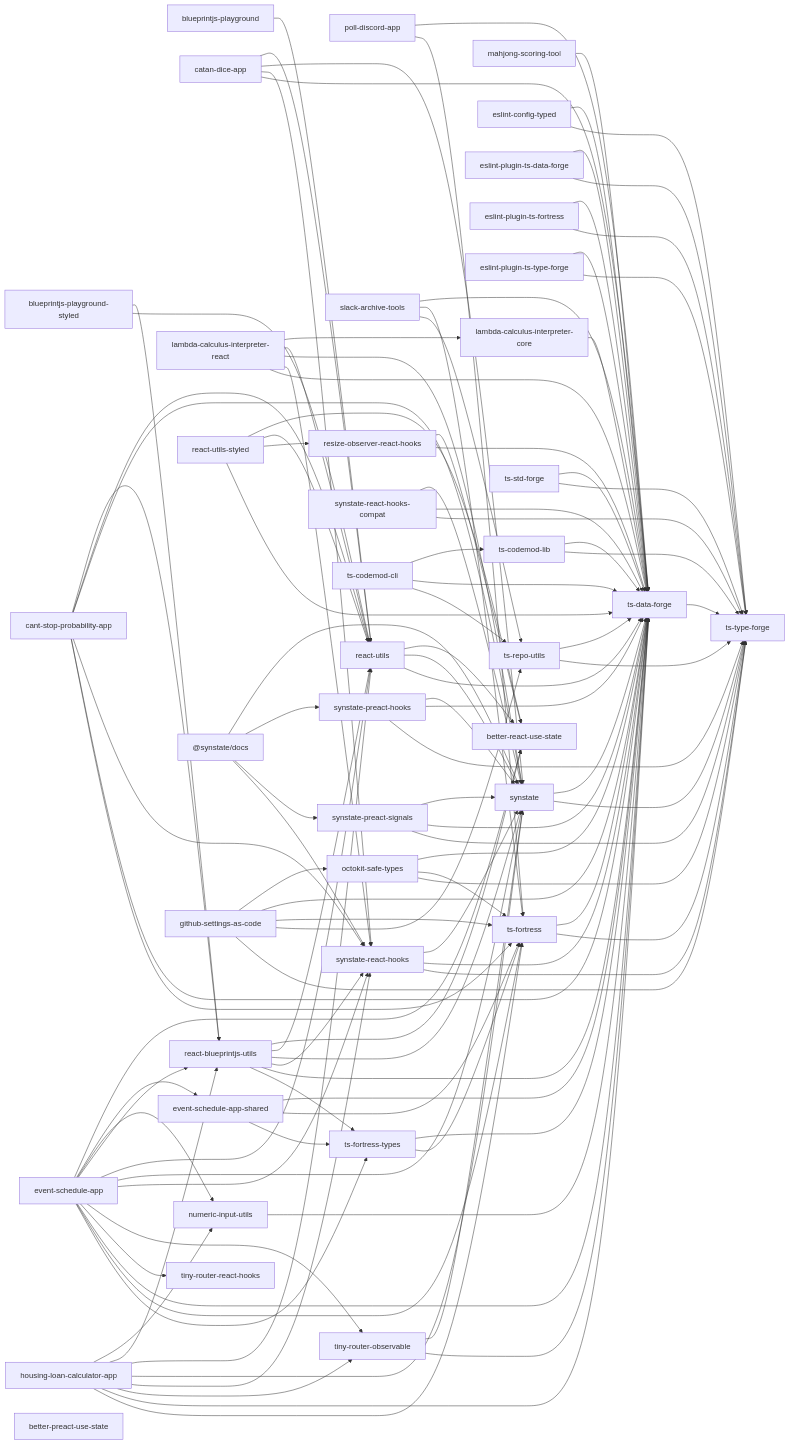
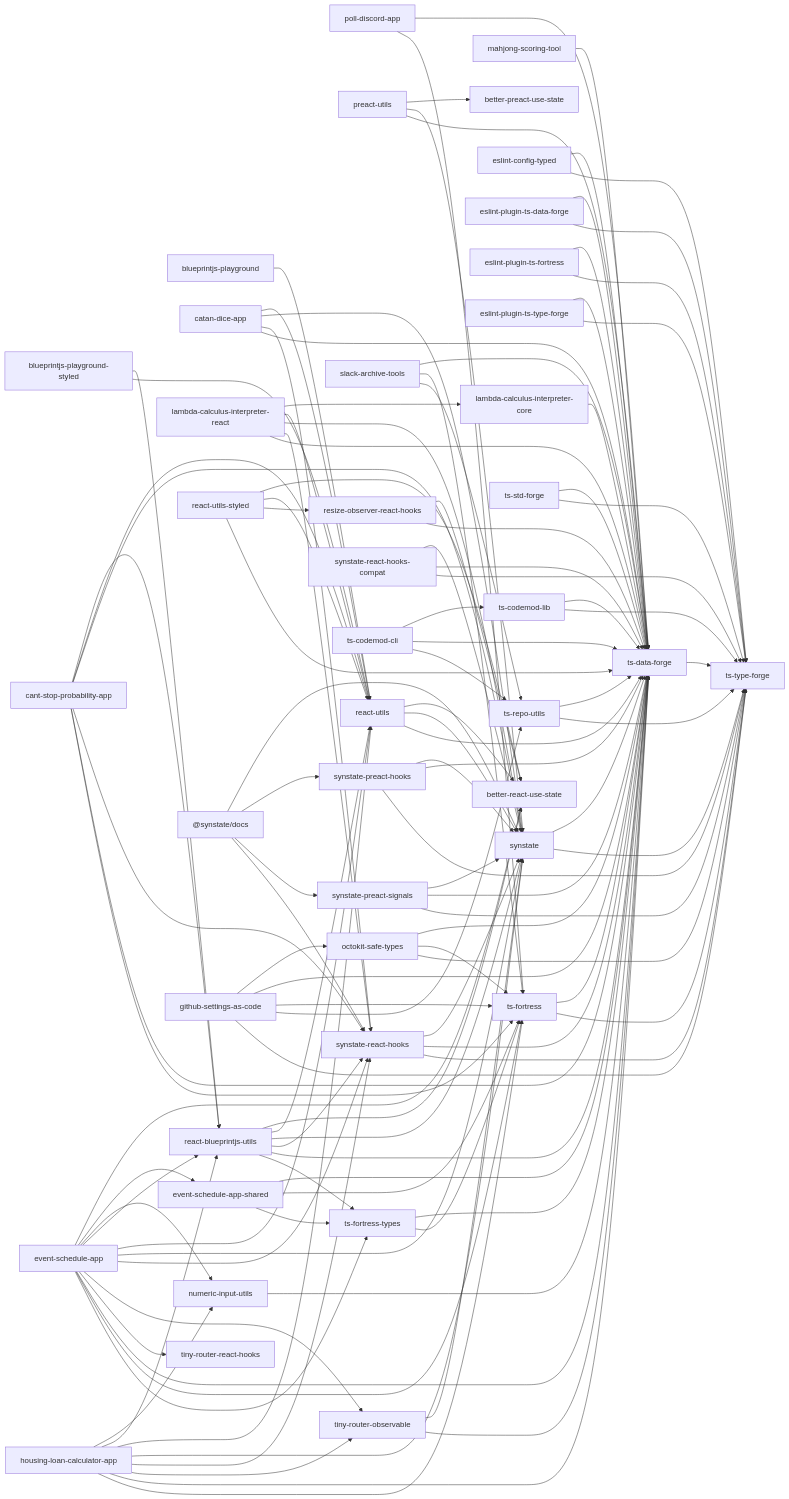
Before and after one commit to noshiro-pf/mono: the diagram in docs/package-dependencies.md, drawn with Mermaid. The commit also changed other lines of this file and 42 other files, not shown here.

First line of the commit message:
feat: restore preact-utils from experimental/

```diff
--- a/docs/package-dependencies.md
+++ b/docs/package-dependencies.md
@@ -24,6 +24,7 @@
   mahjong_scoring_tool["mahjong-scoring-tool"]
   numeric_input_utils["numeric-input-utils"]
   poll_discord_app["poll-discord-app"]
+  preact_utils["preact-utils"]
   react_blueprintjs_utils["react-blueprintjs-utils"]
   react_utils["react-utils"]
   react_utils_styled["react-utils-styled"]
@@ -99,6 +100,9 @@
   numeric_input_utils --> ts_data_forge
   poll_discord_app --> ts_data_forge
   poll_discord_app --> ts_fortress
+  preact_utils --> better_preact_use_state
+  preact_utils --> synstate
+  preact_utils --> ts_data_forge
   react_blueprintjs_utils --> better_react_use_state
   react_blueprintjs_utils --> react_utils
   react_blueprintjs_utils --> synstate
```
